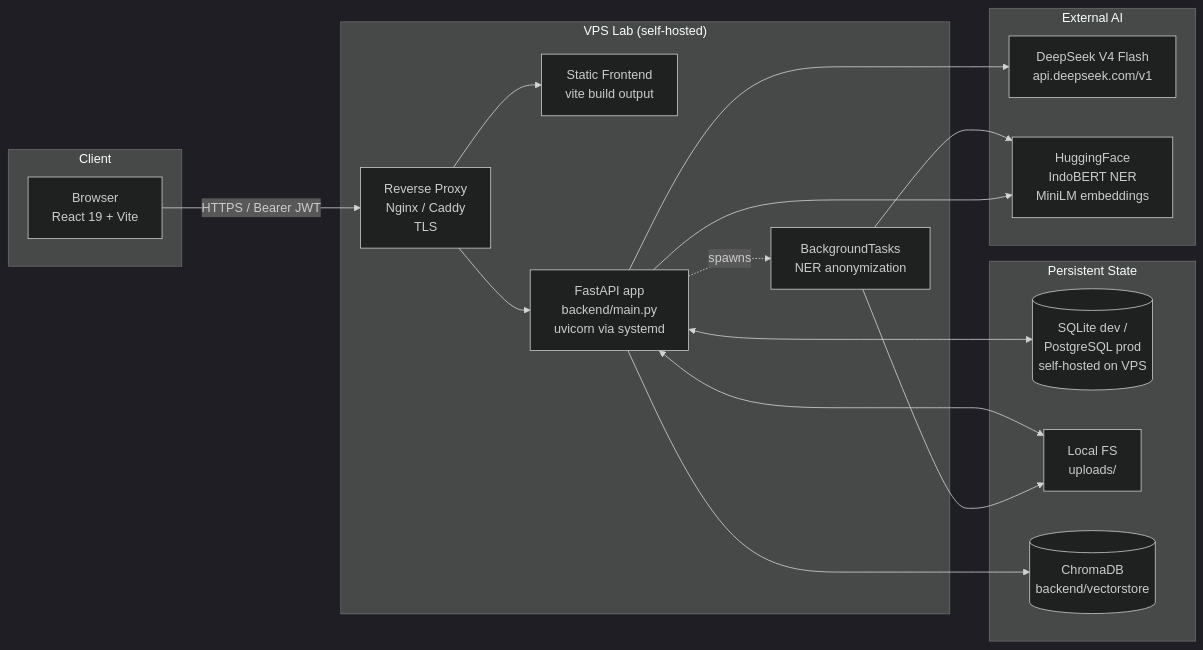
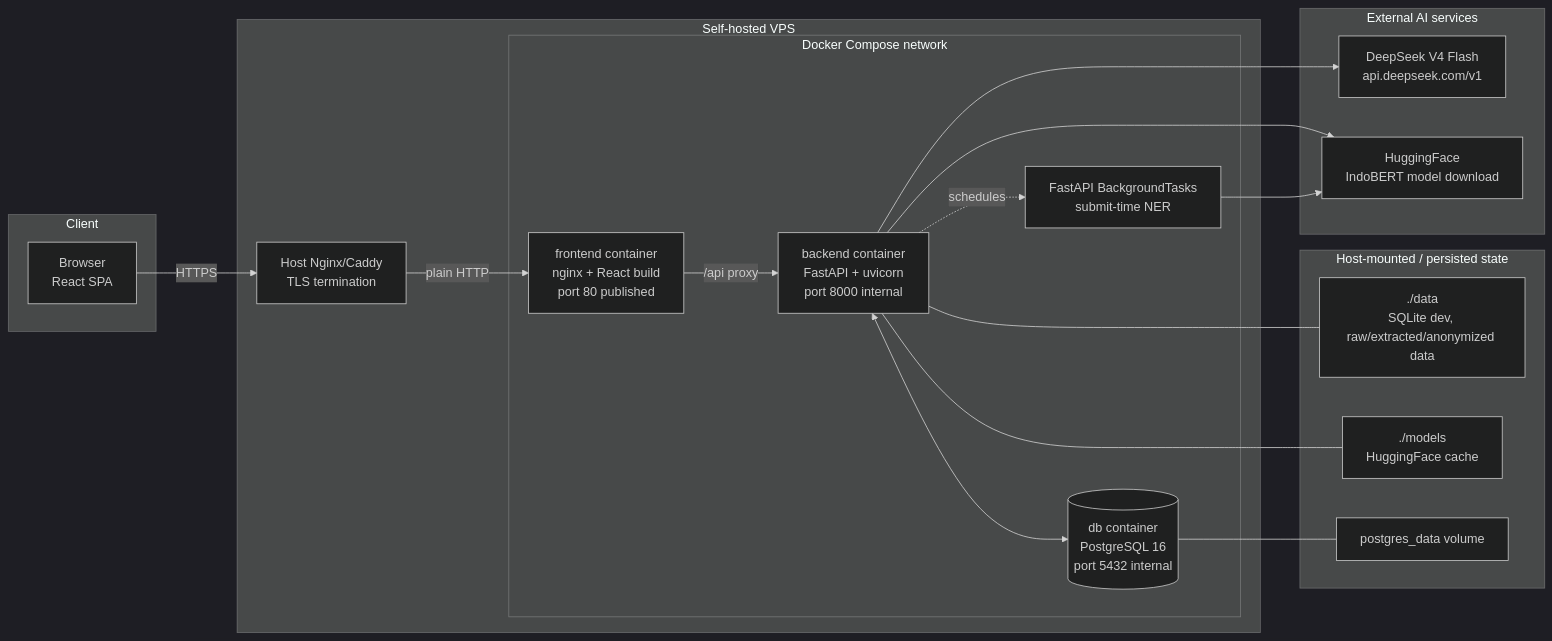
The diagram in docs/ARCHITECTURE.md (istgrudd/screenai-lab), drawn with Mermaid (dark theme) before and after one commit. The commit also changed other lines of this file, not shown here.

Commit message:
docs: align architecture with Docker deployment

````diff
--- a/docs/ARCHITECTURE.md
+++ b/docs/ARCHITECTURE.md
@@ -29,36 +34,42 @@
 ```mermaid
 graph LR
-    subgraph "Client"
-        BR[Browser<br/>React 19 + Vite]
+    subgraph Client
+        BR[Browser<br/>React SPA]
     end
 
-    subgraph "VPS Lab (self-hosted)"
-        RP[Reverse Proxy<br/>Nginx / Caddy<br/>TLS]
-        ST[Static Frontend<br/>vite build output]
-        API[FastAPI app<br/>backend/main.py<br/>uvicorn via systemd]
-        BG[BackgroundTasks<br/>NER anonymization]
-        RP --> ST
-        RP --> API
-        API -.spawns.-> BG
+    subgraph VPS[Self-hosted VPS]
+        RP[Host Nginx/Caddy<br/>TLS termination]
+
+        subgraph Docker[Docker Compose network]
+            FE[frontend container<br/>nginx + React build<br/>port 80 published]
+            API[backend container<br/>FastAPI + uvicorn<br/>port 8000 internal]
+            DB[(db container<br/>PostgreSQL 16<br/>port 5432 internal)]
+            BG[FastAPI BackgroundTasks<br/>submit-time NER]
+
+            FE -- /api proxy --> API
+            API <--> DB
+            API -. schedules .-> BG
+        end
+
+        RP -- plain HTTP --> FE
     end
 
-    subgraph "Persistent State"
-        DB[(SQLite dev /<br/>PostgreSQL prod<br/>self-hosted on VPS)]
-        FS[Local FS<br/>uploads/]
-        CH[(ChromaDB<br/>backend/vectorstore)]
+    subgraph HostStorage[Host-mounted / persisted state]
+        DATA[./data<br/>SQLite dev, raw/extracted/anonymized data]
+        MODELS[./models<br/>HuggingFace cache]
+        PGVOL[postgres_data volume]
     end
 
-    subgraph "External AI"
+    subgraph ExternalAI[External AI services]
         DS[DeepSeek V4 Flash<br/>api.deepseek.com/v1]
-        HF[HuggingFace<br/>IndoBERT NER<br/>MiniLM embeddings]
+        HF[HuggingFace<br/>IndoBERT model download]
     end
 
-    BR -- HTTPS / Bearer JWT --> RP
-    API <--> DB
-    API <--> FS
-    BG --> FS
-    BG --> HF
-    API --> CH
+    BR -- HTTPS --> RP
     API --> DS
     API --> HF
+    BG --> HF
+    API --- DATA
+    API --- MODELS
+    DB --- PGVOL
 ```
````
